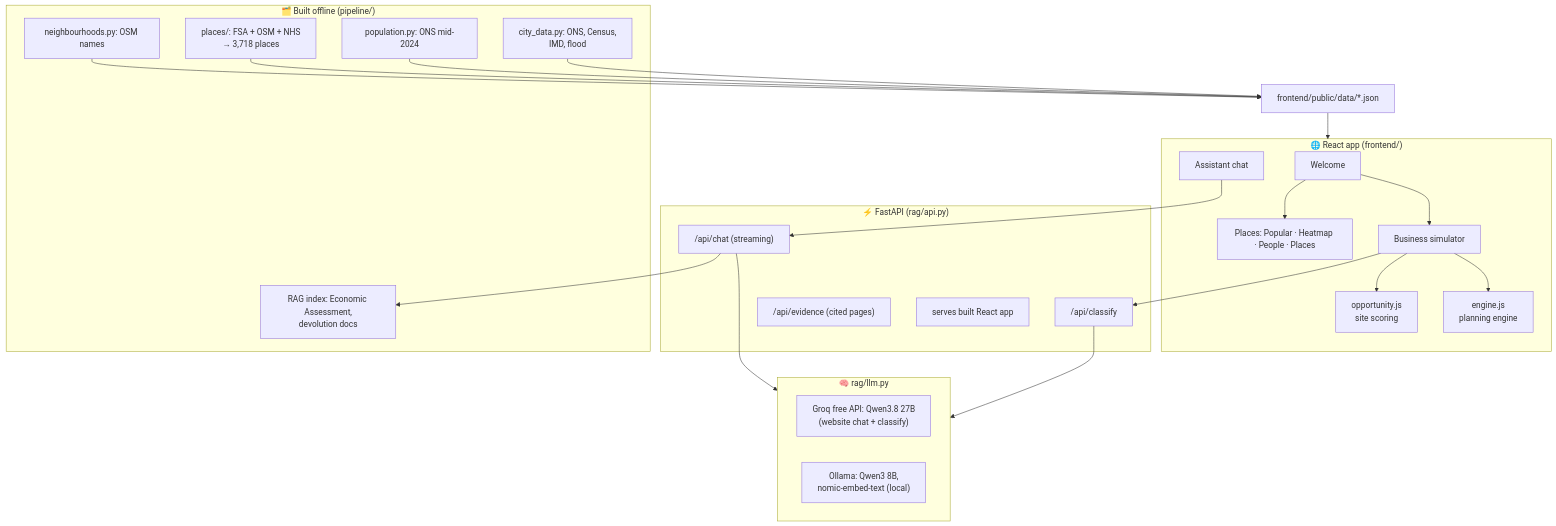
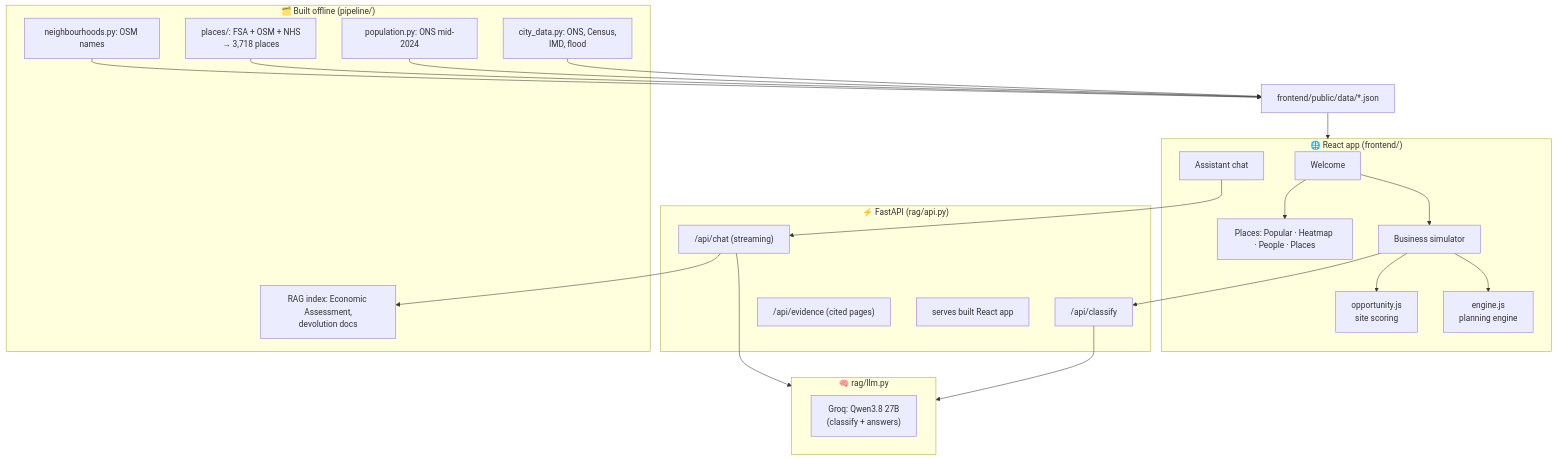
Before and after one commit to edwardyun12/civiclens-sotonship2026: the second of 2 diagrams in README.md, drawn with Mermaid. The commit also changed other lines of this file and 7 other files, not shown here.

````diff
--- a/README.md
+++ b/README.md
@@ -210,33 +228,32 @@
 ```mermaid
 flowchart TB
   subgraph Browser["🌐 React app (frontend/)"]
     W[Welcome] --> PL["Places: Popular · Heatmap · People · Places"]
     W --> SIM["Business simulator"]
     SIM --> OPP["opportunity.js<br/>site scoring"]
     SIM --> ENG["engine.js<br/>planning engine"]
     CHAT["Assistant chat"]
   end
   subgraph API["⚡ FastAPI (rag/api.py)"]
     CL["/api/classify"]
     CH["/api/chat (streaming)"]
     EV["/api/evidence (cited pages)"]
     ST["serves built React app"]
   end
   subgraph LLM["🧠 rag/llm.py"]
-    GQ["Groq free API: Qwen3.8 27B<br/>(website chat + classify)"]
-    OL["Ollama: Qwen3 8B,<br/>nomic-embed-text (local)"]
+    GQ["Groq: Qwen3.8 27B<br/>(classify + answers)"]
   end
   subgraph Data["🗂️ Built offline (pipeline/)"]
     CD["city_data.py: ONS, Census,<br/>IMD, flood"]
     POP["population.py: ONS mid-2024"]
     PLC["places/: FSA + OSM + NHS<br/>→ 3,718 places"]
     NB["neighbourhoods.py: OSM names"]
     IDX["RAG index: Economic Assessment,<br/>devolution docs"]
   end
   SIM --> CL
   CHAT --> CH
   CL --> LLM
   CH --> LLM
   CH --> IDX
   CD & POP & PLC & NB --> J["frontend/public/data/*.json"] --> Browser
 ```
````
